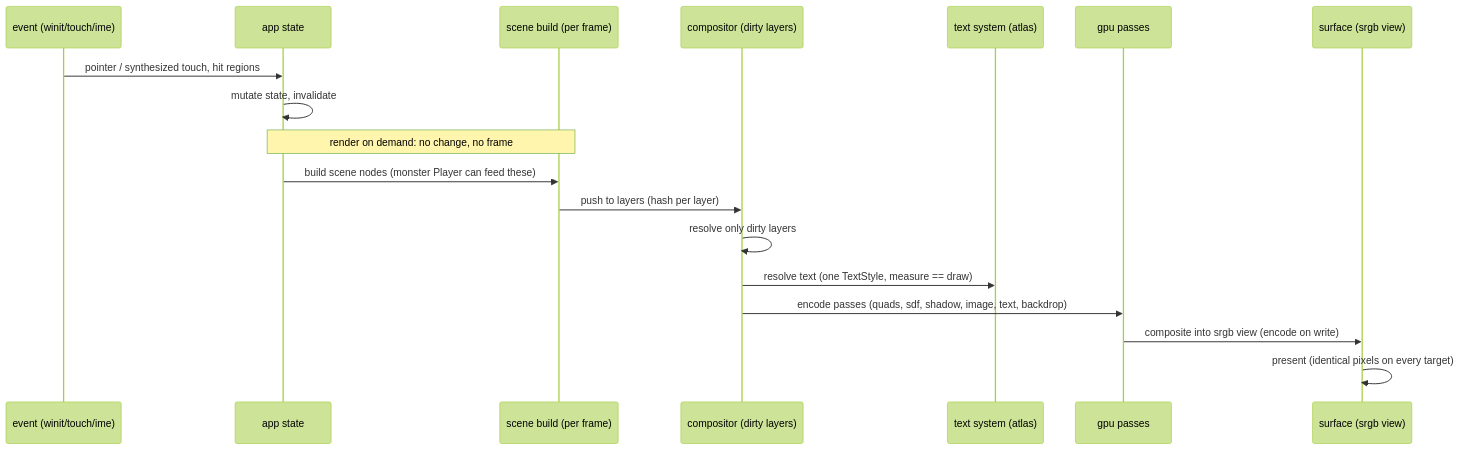
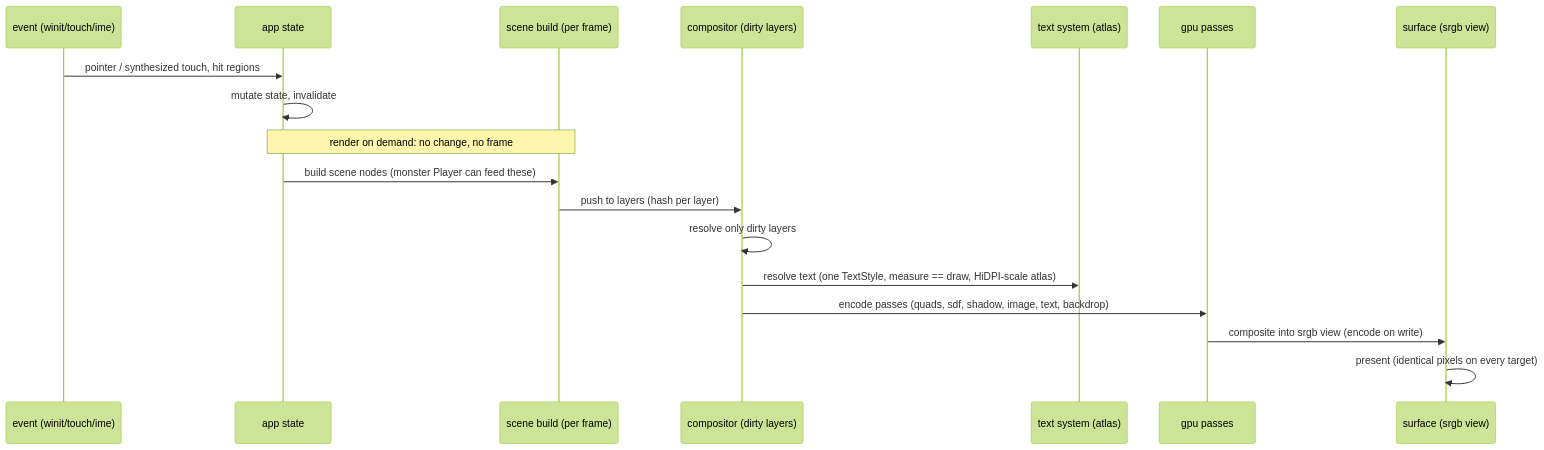
The diagram in README.md (brennercruvinel/plev), drawn with Mermaid (forest theme) before and after one commit. The commit also changed other lines of this file and 7 other files, not shown here.

````diff
--- a/README.md
+++ b/README.md
@@ -20,21 +41,21 @@
 ```mermaid
 sequenceDiagram
     participant E as event (winit/touch/ime)
     participant A as app state
     participant S as scene build (per frame)
     participant C as compositor (dirty layers)
     participant T as text system (atlas)
     participant G as gpu passes
     participant P as surface (srgb view)
 
     E->>A: pointer / synthesized touch, hit regions
     A->>A: mutate state, invalidate
     Note over A,S: render on demand: no change, no frame
     A->>S: build scene nodes (monster Player can feed these)
     S->>C: push to layers (hash per layer)
     C->>C: resolve only dirty layers
-    C->>T: resolve text (one TextStyle, measure == draw)
+    C->>T: resolve text (one TextStyle, measure == draw, HiDPI-scale atlas)
     C->>G: encode passes (quads, sdf, shadow, image, text, backdrop)
     G->>P: composite into srgb view (encode on write)
     P->>P: present (identical pixels on every target)
 ```
````
